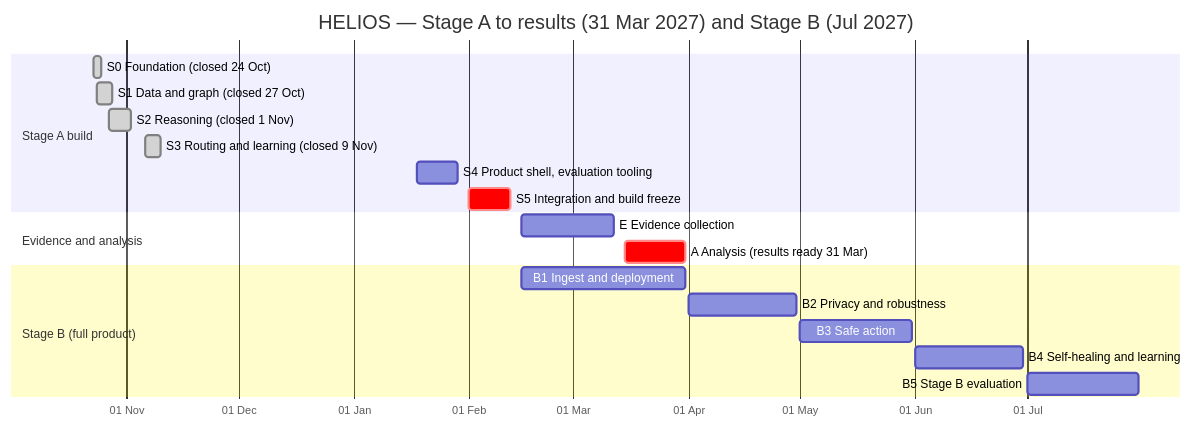
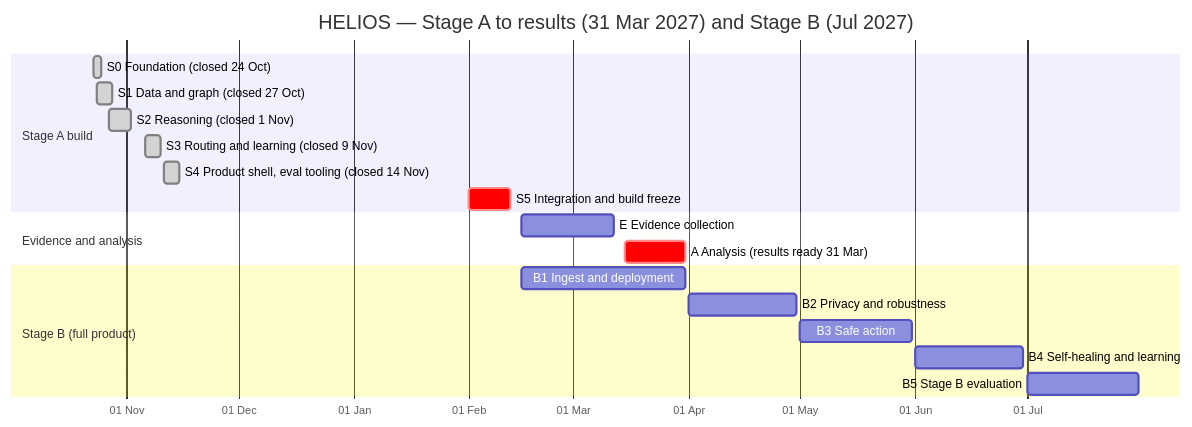
Before and after one commit to akshayadik/helios-mvp: the first of 2 diagrams in docs/tracking/dashboard.md, drawn with Mermaid. The commit also changed other lines of this file and 5 other files, not shown here.

````diff
--- a/docs/tracking/dashboard.md
+++ b/docs/tracking/dashboard.md
@@ -11,25 +11,25 @@
 ```mermaid
 gantt
     title HELIOS — Stage A to results (31 Mar 2027) and Stage B (Jul 2027)
     dateFormat YYYY-MM-DD
     axisFormat %d %b
 
     section Stage A build
     S0 Foundation (closed 24 Oct)        :done, s0, 2026-10-23, 2d
     S1 Data and graph (closed 27 Oct)    :done, s1, 2026-10-24, 4d
     S2 Reasoning (closed 1 Nov)          :done, s2, 2026-10-27, 6d
     S3 Routing and learning (closed 9 Nov) :done, s3, 2026-11-06, 4d
-    S4 Product shell, evaluation tooling :s4, 2027-01-18, 2027-01-29
+    S4 Product shell, eval tooling (closed 14 Nov) :done, s4, 2026-11-11, 4d
     S5 Integration and build freeze      :crit, s5, 2027-02-01, 2027-02-12
 
     section Evidence and analysis
     E Evidence collection                :e, 2027-02-15, 2027-03-12
     A Analysis (results ready 31 Mar)    :crit, a, 2027-03-15, 2027-03-31
 
     section Stage B (full product)
     B1 Ingest and deployment             :b1, 2027-02-15, 2027-03-31
     B2 Privacy and robustness            :b2, 2027-04-01, 2027-04-30
     B3 Safe action                       :b3, 2027-05-01, 2027-05-31
     B4 Self-healing and learning         :b4, 2027-06-01, 2027-06-30
     B5 Stage B evaluation                :b5, 2027-07-01, 2027-07-31
 ```
````
